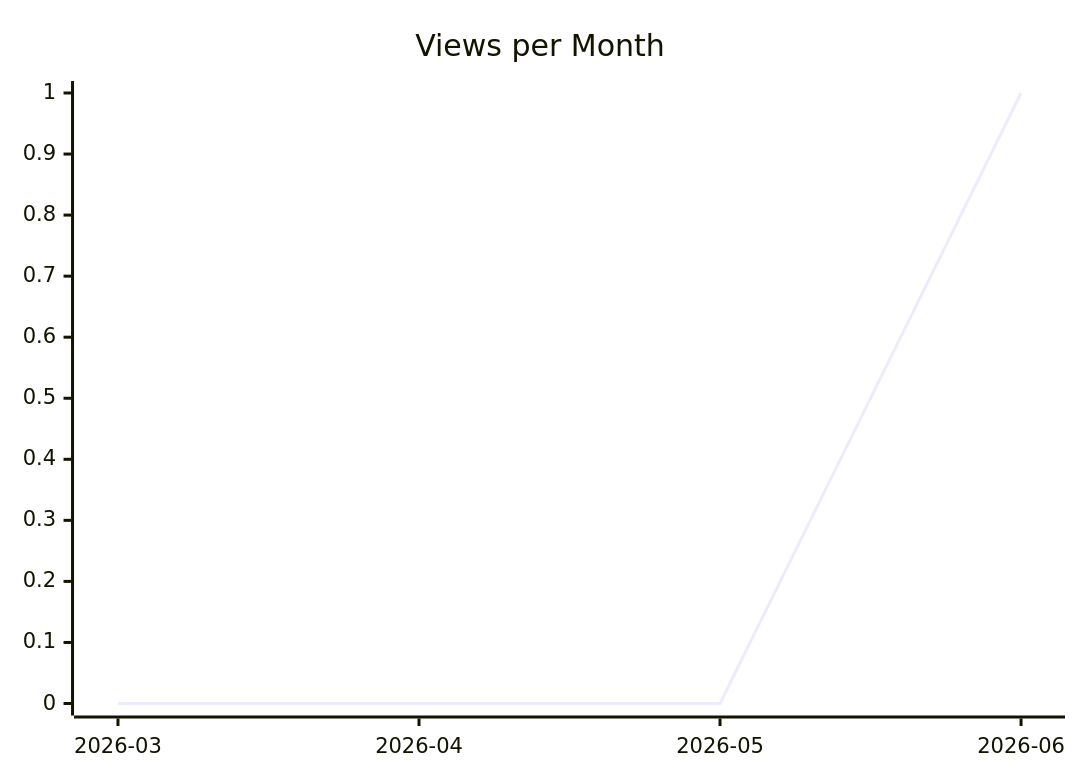
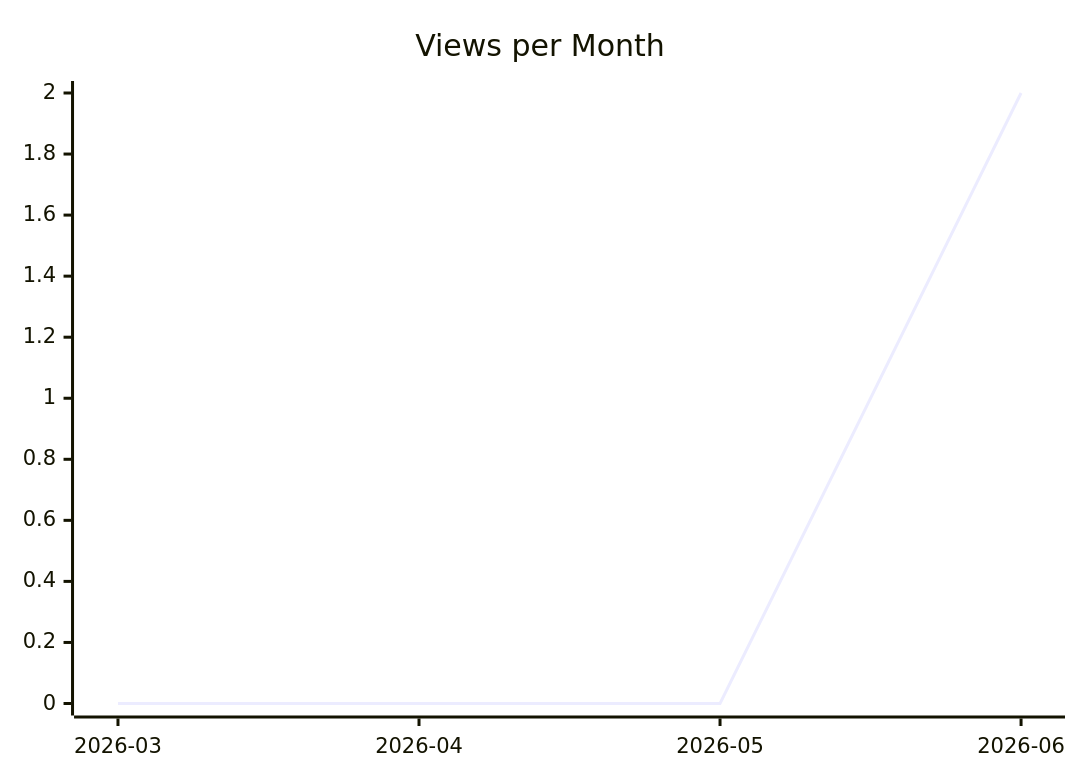
One commit to justdavis-family/github-analytics-data changed the second of 3 diagrams in karlmdavis/dotfiles/README.md. Above: the diagram before and after it, drawn with Mermaid. The commit also changed other lines of this file and 196 other files, not shown here.

````diff
--- a/karlmdavis/dotfiles/README.md
+++ b/karlmdavis/dotfiles/README.md
@@ -12,6 +12,6 @@
 ```mermaid
 xychart-beta
   title "Views per Month"
   x-axis ["2026-03", "2026-04", "2026-05", "2026-06"]
-  line [0, 0, 0, 1]
+  line [0, 0, 0, 2]
 ```
````
